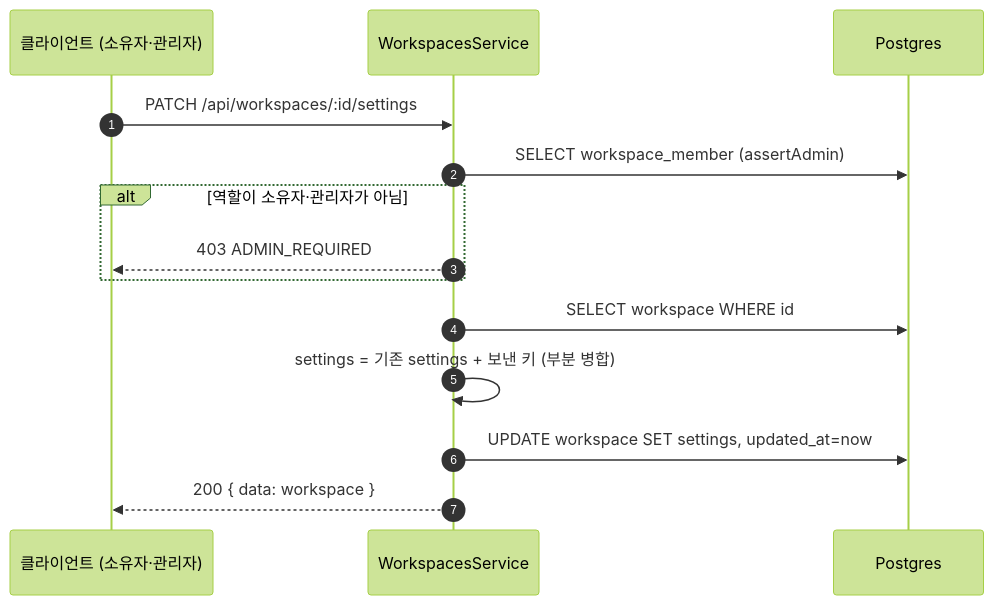
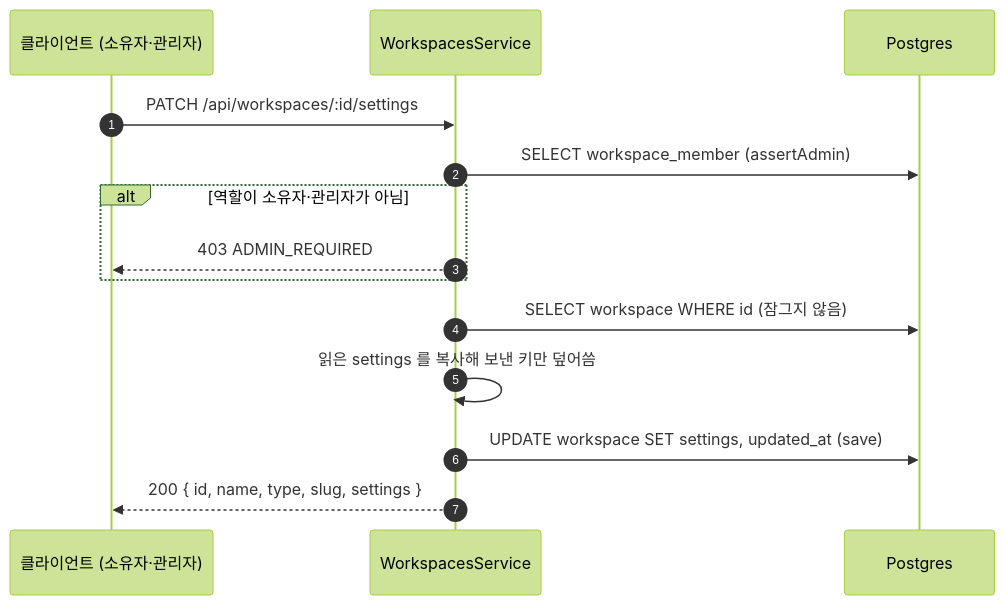
The fifth of 6 diagrams in spec/CLE-ACCT/CLE-ACCT-DATA-WS.md (worker-ants/clemvion), drawn with Mermaid (forest theme) before and after one commit. The commit also changed other lines of this file and 15 other files, not shown here.

````diff
--- a/spec/CLE-ACCT/CLE-ACCT-DATA-WS.md
+++ b/spec/CLE-ACCT/CLE-ACCT-DATA-WS.md
@@ -176,16 +178,16 @@
 ```mermaid
 sequenceDiagram
   autonumber
   participant C as 클라이언트 (소유자·관리자)
   participant Svc as WorkspacesService
   participant PG as Postgres
   C->>Svc: PATCH /api/workspaces/:id/settings
   Svc->>PG: SELECT workspace_member (assertAdmin)
   alt 역할이 소유자·관리자가 아님
     Svc-->>C: 403 ADMIN_REQUIRED
   end
-  Svc->>PG: SELECT workspace WHERE id
-  Svc->>Svc: settings = 기존 settings + 보낸 키 (부분 병합)
-  Svc->>PG: UPDATE workspace SET settings, updated_at=now
-  Svc-->>C: 200 { data: workspace }
+  Svc->>PG: SELECT workspace WHERE id (잠그지 않음)
+  Svc->>Svc: 읽은 settings 를 복사해 보낸 키만 덮어씀
+  Svc->>PG: UPDATE workspace SET settings, updated_at (save)
+  Svc-->>C: 200 { id, name, type, slug, settings }
 ```
````
